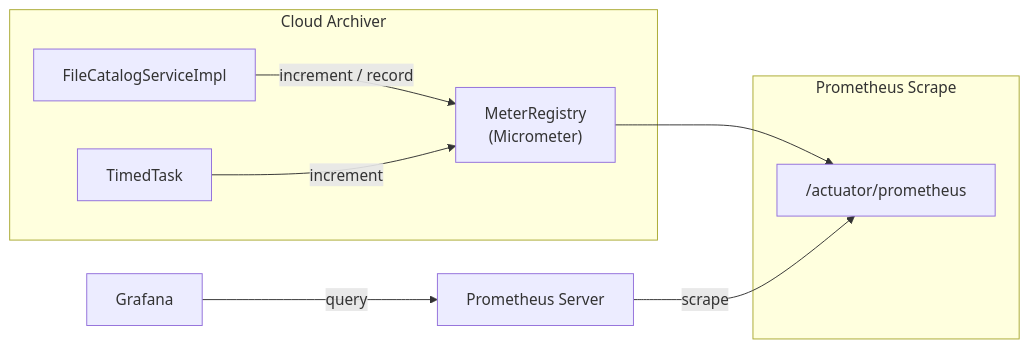
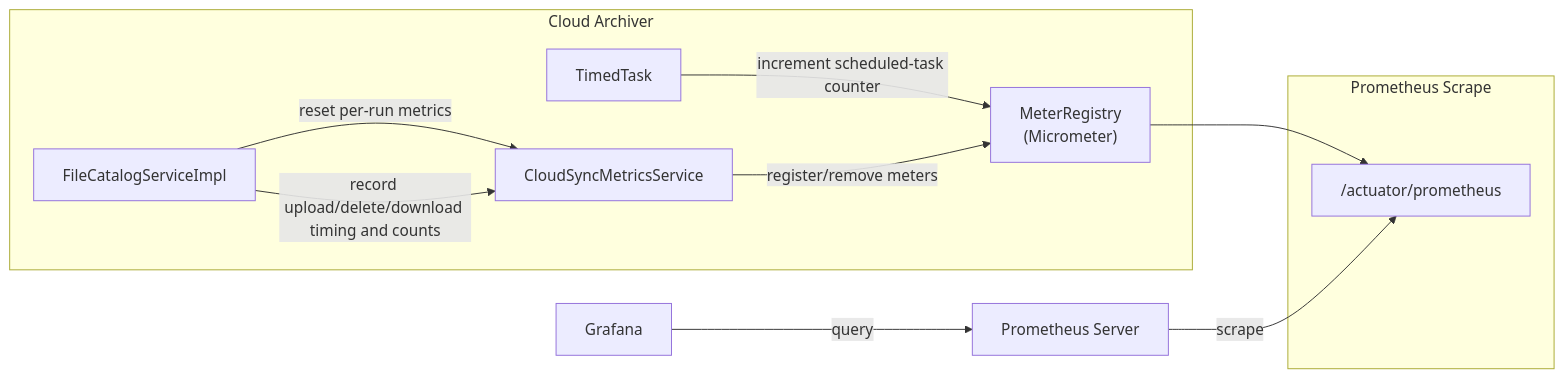
One commit to ringuerel/cloud-archiver changed the diagram in docs/observability.md. Above: the diagram before and after it, drawn with Mermaid. The commit also changed other lines of this file and 32 other files, not shown here.

````diff
--- a/docs/observability.md
+++ b/docs/observability.md
@@ -28,18 +28,21 @@
 ```mermaid
 flowchart LR
     subgraph App["Cloud Archiver"]
-        SVC["FileCatalogServiceImpl"]
         TT["TimedTask"]
+        FCS["FileCatalogServiceImpl"]
+        METRICS["CloudSyncMetricsService"]
         REG["MeterRegistry\n(Micrometer)"]
-        SVC -->|"increment / record"| REG
-        TT -->|"increment"| REG
+        TT -->|"increment scheduled-task counter"| REG
+        FCS -->|"reset per-run metrics"| METRICS
+        FCS -->|"record upload/delete/download timing and counts"| METRICS
+        METRICS -->|"register/remove meters"| REG
     end
 
     subgraph Scrape["Prometheus Scrape"]
         PROM_EP["/actuator/prometheus"]
         REG --> PROM_EP
     end
 
     PROM["Prometheus Server"] -->|"scrape"| PROM_EP
     GRAFANA["Grafana"] -->|"query"| PROM
 ```
````
